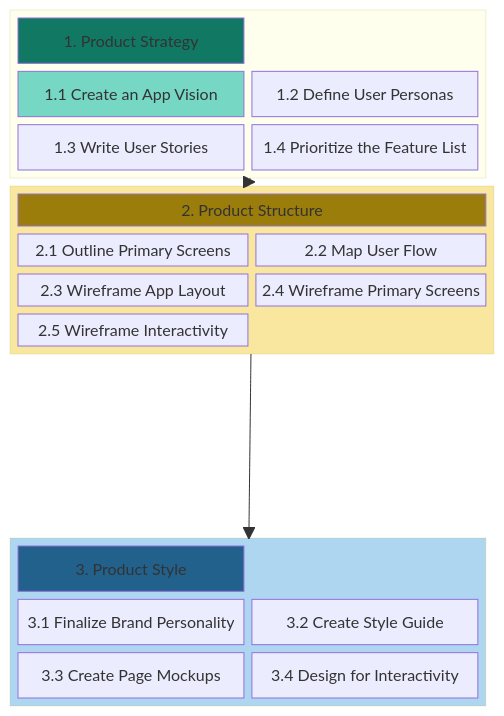
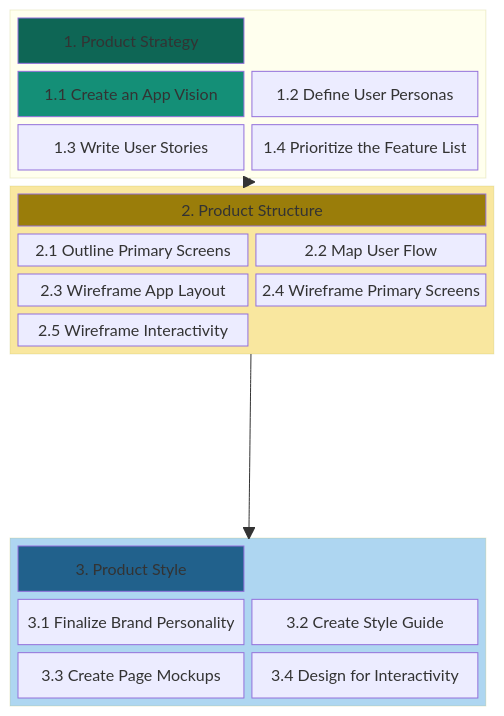
One commit to chingu-voyages/Handbook changed the diagram in docs/resources/techresources/uiux.md. Above: the diagram before and after it, drawn with Mermaid.

Commit message:
Feature: Add UI/UX workflow process template

````diff
--- a/docs/resources/techresources/uiux.md
+++ b/docs/resources/techresources/uiux.md
@@ -15,38 +15,38 @@
 ```mermaid
 block-beta
 columns 1
   block:STRATEGY
     columns 2
     A["1. Product Strategy"]:2
     B["1.1 Create an App Vision"]
     C["1.2 Define User Personas"]
     D["1.3 Write User Stories"]
     E["1.4 Prioritize the Feature List"]
   end
   block:STRUCTURE
     columns 2
     G["2. Product Structure"]:2
     H["2.1 Outline Primary Screens"]
     I["2.2 Map User Flow"]
     J["2.3 Wireframe App Layout"]
     K["2.4 Wireframe Primary Screens"]
     L["2.5 Wireframe Interactivity"]
   end
   STRATEGY --> STRUCTURE
   space
   block:STYLE
     columns 2
     M["3. Product Style"]:2
     N["3.1 Finalize Brand Personality"]
     O["3.2 Create Style Guide"]
     P["3.3 Create Page Mockups"]
     Q["3.4 Design for Interactivity"]
   end
   STRUCTURE --> STYLE
-  style A fill:#117864
-  style B fill:#76d7c4
+  style A fill:#0e6655
+  style B fill:#148f77
   style G fill:#9a7d0a
   style M fill:#21618c
   style STRUCTURE fill:#f9e79f
   style STYLE fill:#aed6f1
 ```
````
